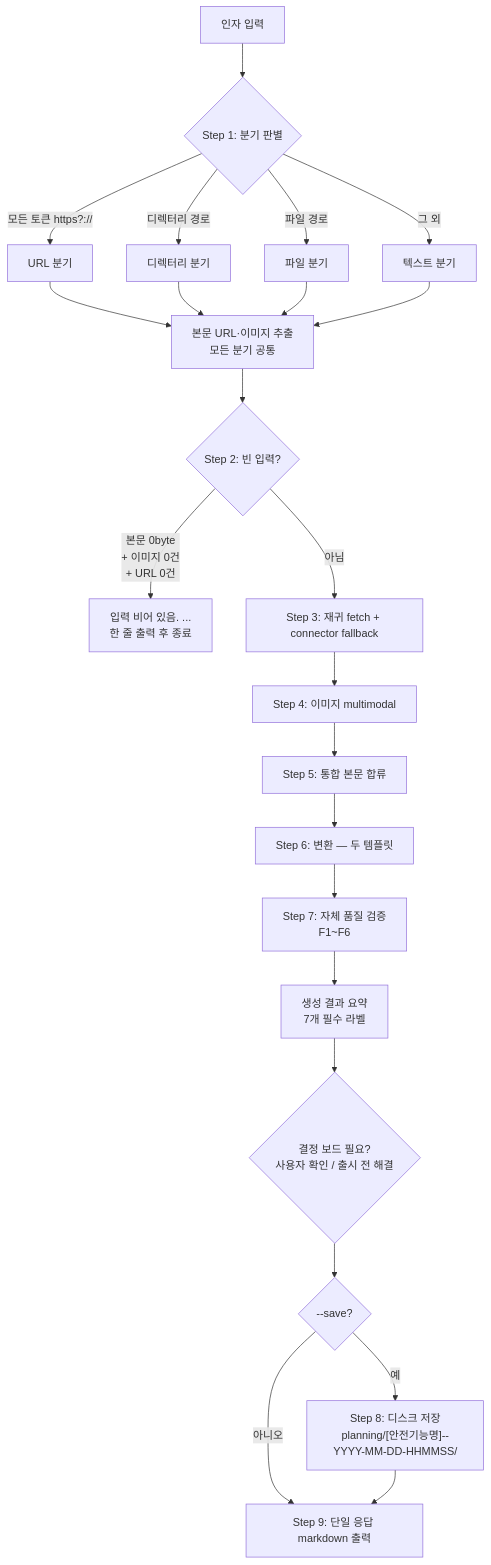
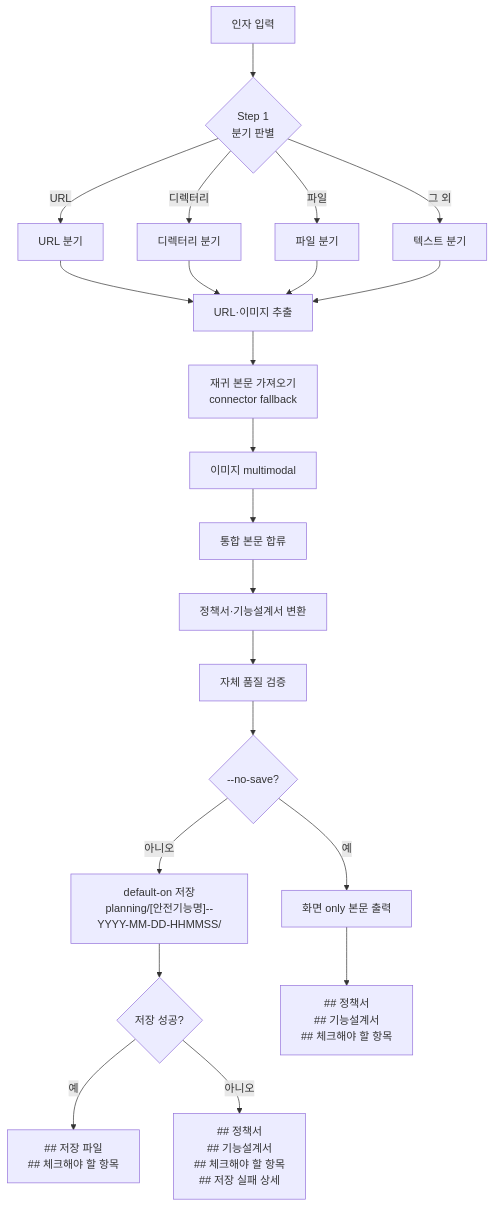
The first of 3 diagrams in planning-kit/docs/planning-format-workflow.md (inkwonjung-colosseum/plugins), drawn with Mermaid before and after one commit. The commit also changed other lines of this file and 83 other files, not shown here.

````diff
--- a/planning-kit/docs/planning-format-workflow.md
+++ b/planning-kit/docs/planning-format-workflow.md
@@ -7,28 +7,24 @@
 ```mermaid
 flowchart TD
-  A[인자 입력] --> B{Step 1: 분기 판별}
-  B -->|모든 토큰 https?://| C[URL 분기]
-  B -->|디렉터리 경로| D[디렉터리 분기]
-  B -->|파일 경로| E[파일 분기]
-  B -->|그 외| F[텍스트 분기]
-
-  C --> G[본문 URL·이미지 추출<br/>모든 분기 공통]
+  A["인자 입력"] --> B{"Step 1<br/>분기 판별"}
+  B -->|"URL"| C["URL 분기"]
+  B -->|"디렉터리"| D["디렉터리 분기"]
+  B -->|"파일"| E["파일 분기"]
+  B -->|"그 외"| F["텍스트 분기"]
+  C --> G["URL·이미지 추출"]
   D --> G
   E --> G
   F --> G
-
-  G --> H{Step 2: 빈 입력?}
-  H -->|본문 0byte<br/>+ 이미지 0건<br/>+ URL 0건| H1["입력 비어 있음. ...<br/>한 줄 출력 후 종료"]
-  H -->|아님| I[Step 3: 재귀 fetch + connector fallback]
-
-  I --> J[Step 4: 이미지 multimodal]
-  J --> K[Step 5: 통합 본문 합류]
-  K --> L[Step 6: 변환 — 두 템플릿]
-  L --> M[Step 7: 자체 품질 검증<br/>F1~F6]
-  M --> RS[생성 결과 요약<br/>7개 필수 라벨]
-  RS --> DB{결정 보드 필요?<br/>사용자 확인 / 출시 전 해결}
-  DB --> N{--save?}
-  N -->|예| SV["Step 8: 디스크 저장<br/>planning/[안전기능명]--YYYY-MM-DD-HHMMSS/"]
-  N -->|아니오| OUT
-  SV --> OUT[Step 9: 단일 응답 markdown 출력]
+  G --> H["재귀 본문 가져오기<br/>connector fallback"]
+  H --> I["이미지 multimodal"]
+  I --> J["통합 본문 합류"]
+  J --> K["정책서·기능설계서 변환"]
+  K --> L["자체 품질 검증"]
+  L --> M{"--no-save?"}
+  M -->|"아니오"| N["default-on 저장<br/>planning/[안전기능명]--YYYY-MM-DD-HHMMSS/"]
+  M -->|"예"| O["화면 only 본문 출력"]
+  N --> P{"저장 성공?"}
+  P -->|"예"| Q["## 저장 파일<br/>## 체크해야 할 항목"]
+  P -->|"아니오"| R["## 정책서<br/>## 기능설계서<br/>## 체크해야 할 항목<br/>## 저장 실패 상세"]
+  O --> S["## 정책서<br/>## 기능설계서<br/>## 체크해야 할 항목"]
 ```
````
